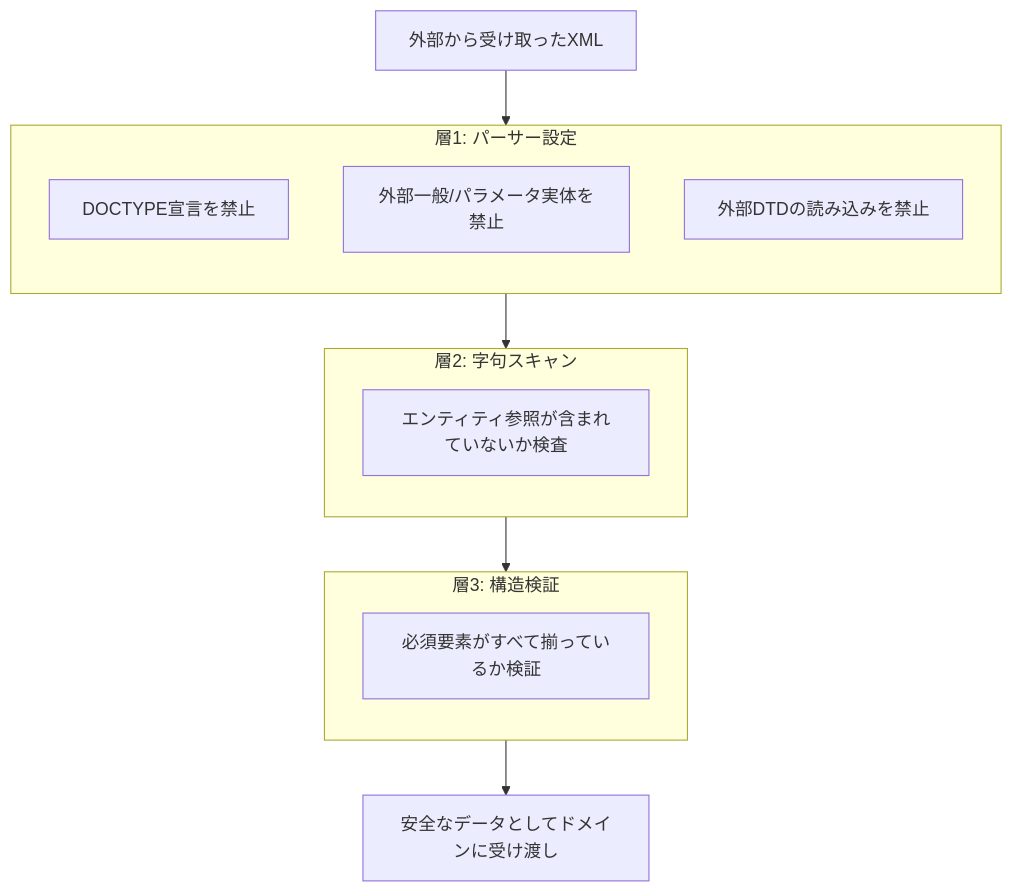
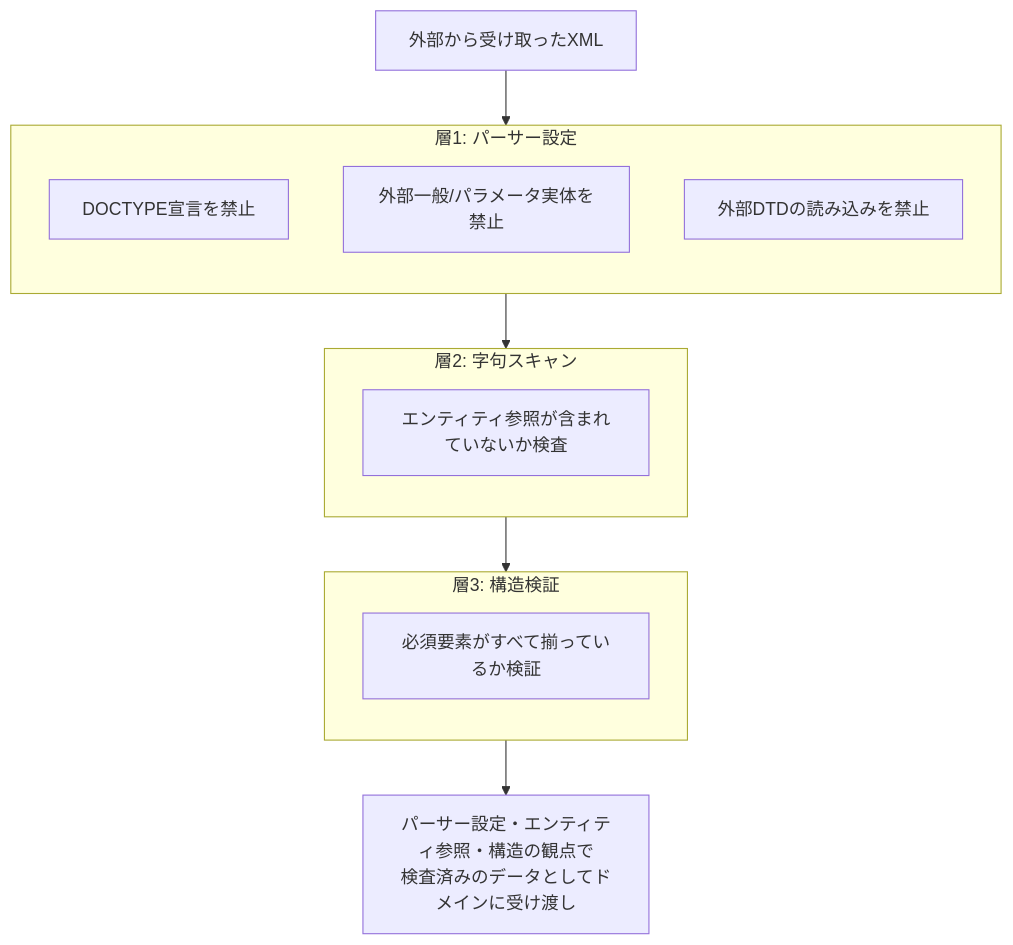
Before and after one commit to myoshi2891/Quality-Assurance-Studies: the fourth of 13 diagrams in Secure-by-design-guide.md, drawn with Mermaid. The commit also changed other lines of this file, not shown here.

````diff
--- a/Secure-by-design-guide.md
+++ b/Secure-by-design-guide.md
@@ -217,21 +217,21 @@
 ```mermaid
 flowchart TD
     IN["外部から受け取ったXML"] --> L1
     subgraph L1["層1: パーサー設定"]
         direction TB
         S1["DOCTYPE宣言を禁止"]
         S2["外部一般/パラメータ実体を禁止"]
         S3["外部DTDの読み込みを禁止"]
     end
     L1 --> L2
     subgraph L2["層2: 字句スキャン"]
         direction TB
         S4["エンティティ参照が含まれていないか検査"]
     end
     L2 --> L3
     subgraph L3["層3: 構造検証"]
         direction TB
         S5["必須要素がすべて揃っているか検証"]
     end
-    L3 --> OK["安全なデータとしてドメインに受け渡し"]
+    L3 --> OK["パーサー設定・エンティティ参照・構造の観点で<br/>検査済みのデータとしてドメインに受け渡し"]
 ```
````
